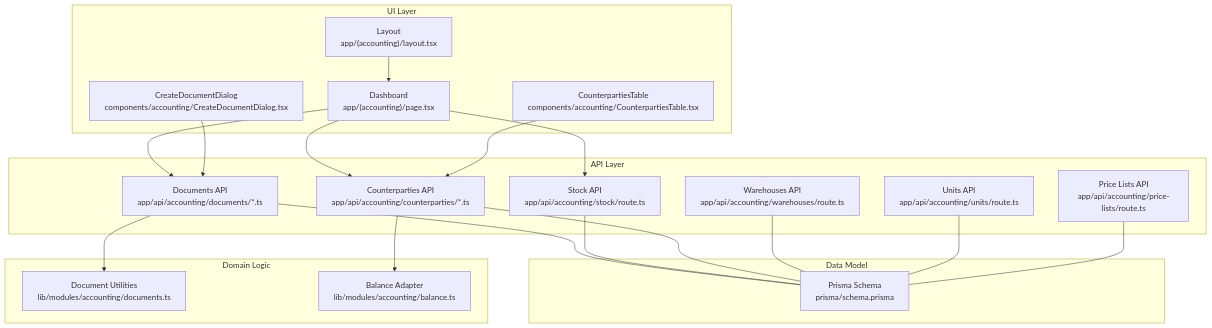
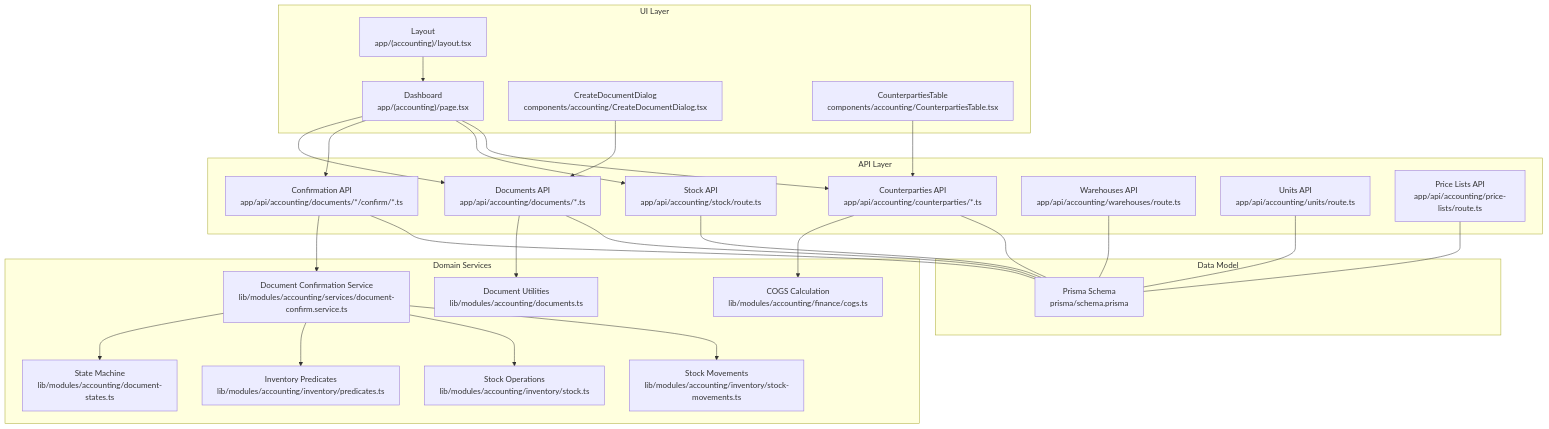
Before and after one commit to nzey11/erp-new: the first of 10 diagrams in .qoder/repowiki/en/content/Accounting Module/Accounting Module.md, drawn with Mermaid. The commit also changed other lines of this file and 6 other files, not shown here.

````diff
--- a/.qoder/repowiki/en/content/Accounting Module/Accounting Module.md
+++ b/.qoder/repowiki/en/content/Accounting Module/Accounting Module.md
@@ -51,38 +76,51 @@
 ```mermaid
 graph TB
 subgraph "UI Layer"
 L["Layout<br/>app/(accounting)/layout.tsx"]
 D["Dashboard<br/>app/(accounting)/page.tsx"]
 CDD["CreateDocumentDialog<br/>components/accounting/CreateDocumentDialog.tsx"]
 CT["CounterpartiesTable<br/>components/accounting/CounterpartiesTable.tsx"]
 end
 subgraph "API Layer"
 DOC["Documents API<br/>app/api/accounting/documents/*.ts"]
+CONF["Confirmation API<br/>app/api/accounting/documents/*/confirm/*.ts"]
 STOCK["Stock API<br/>app/api/accounting/stock/route.ts"]
 CP["Counterparties API<br/>app/api/accounting/counterparties/*.ts"]
 W["Warehouses API<br/>app/api/accounting/warehouses/route.ts"]
 U["Units API<br/>app/api/accounting/units/route.ts"]
 PL["Price Lists API<br/>app/api/accounting/price-lists/route.ts"]
 end
-subgraph "Domain Logic"
+subgraph "Domain Services"
 DOCUTIL["Document Utilities<br/>lib/modules/accounting/documents.ts"]
-BAL["Balance Adapter<br/>lib/modules/accounting/balance.ts"]
+STATES["State Machine<br/>lib/modules/accounting/document-states.ts"]
+CONFIRM["Document Confirmation Service<br/>lib/modules/accounting/services/document-confirm.service.ts"]
+INV["Inventory Predicates<br/>lib/modules/accounting/inventory/predicates.ts"]
+STOCKOPS["Stock Operations<br/>lib/modules/accounting/inventory/stock.ts"]
+MOVEMENTS["Stock Movements<br/>lib/modules/accounting/inventory/stock-movements.ts"]
+COGS["COGS Calculation<br/>lib/modules/accounting/finance/cogs.ts"]
 end
 subgraph "Data Model"
 PRISMA["Prisma Schema<br/>prisma/schema.prisma"]
 end
 L --> D
 D --> DOC
+D --> CONF
 D --> STOCK
 D --> CP
 CDD --> DOC
 CT --> CP
 DOC --> DOCUTIL
-CP --> BAL
+CONF --> CONFIRM
+CONFIRM --> STATES
+CONFIRM --> INV
+CONFIRM --> STOCKOPS
+CONFIRM --> MOVEMENTS
+CP --> COGS
 DOC --- PRISMA
+CONF --- PRISMA
 STOCK --- PRISMA
 CP --- PRISMA
 W --- PRISMA
 U --- PRISMA
 PL --- PRISMA
 ```
````
